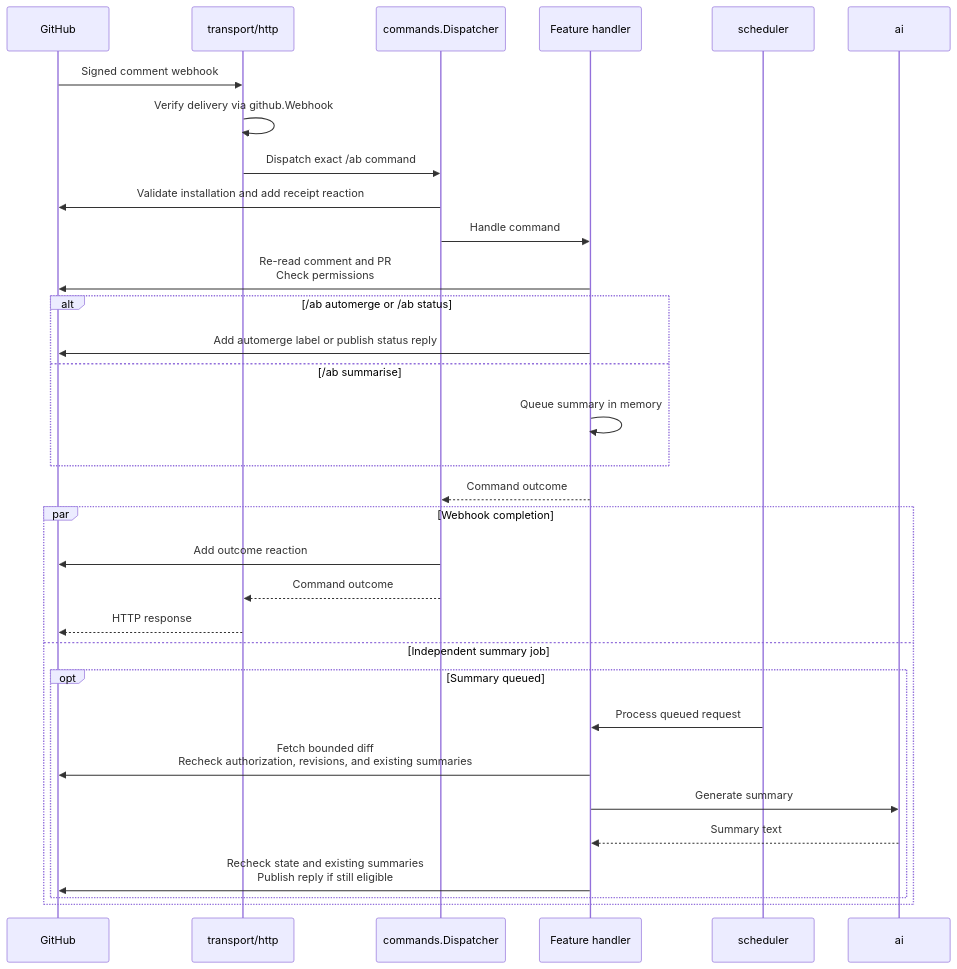
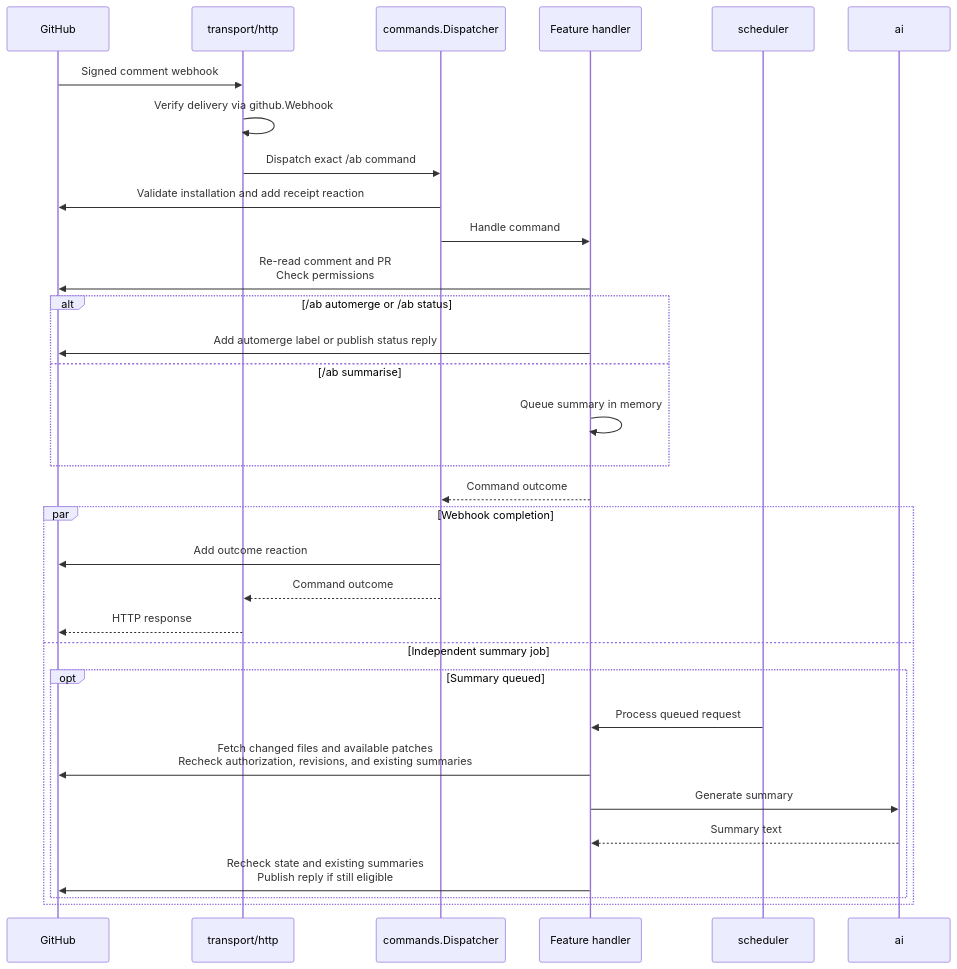
One commit to alexfalkowski/abgleich changed the second of 2 diagrams in README.md. Above: the diagram before and after it, drawn with Mermaid. The commit also changed other lines of this file and 15 other files, not shown here.

````diff
--- a/README.md
+++ b/README.md
@@ -717,34 +729,34 @@
 ```mermaid
 sequenceDiagram
     participant G as GitHub
     participant H as transport/http
     participant D as commands.Dispatcher
     participant F as Feature handler
     participant S as scheduler
     participant A as ai
     G->>H: Signed comment webhook
     H->>H: Verify delivery via github.Webhook
     H->>D: Dispatch exact /ab command
     D->>G: Validate installation and add receipt reaction
     D->>F: Handle command
     F->>G: Re-read comment and PR<br/>Check permissions
     alt /ab automerge or /ab status
         F->>G: Add automerge label or publish status reply
     else /ab summarise
         F->>F: Queue summary in memory
     end
     F-->>D: Command outcome
     par Webhook completion
         D->>G: Add outcome reaction
         D-->>H: Command outcome
         H-->>G: HTTP response
     and Independent summary job
         opt Summary queued
             S->>F: Process queued request
-            F->>G: Fetch bounded diff<br/>Recheck authorization, revisions, and existing summaries
+            F->>G: Fetch changed files and available patches<br/>Recheck authorization, revisions, and existing summaries
             F->>A: Generate summary
             A-->>F: Summary text
             F->>G: Recheck state and existing summaries<br/>Publish reply if still eligible
         end
     end
 ```
````
